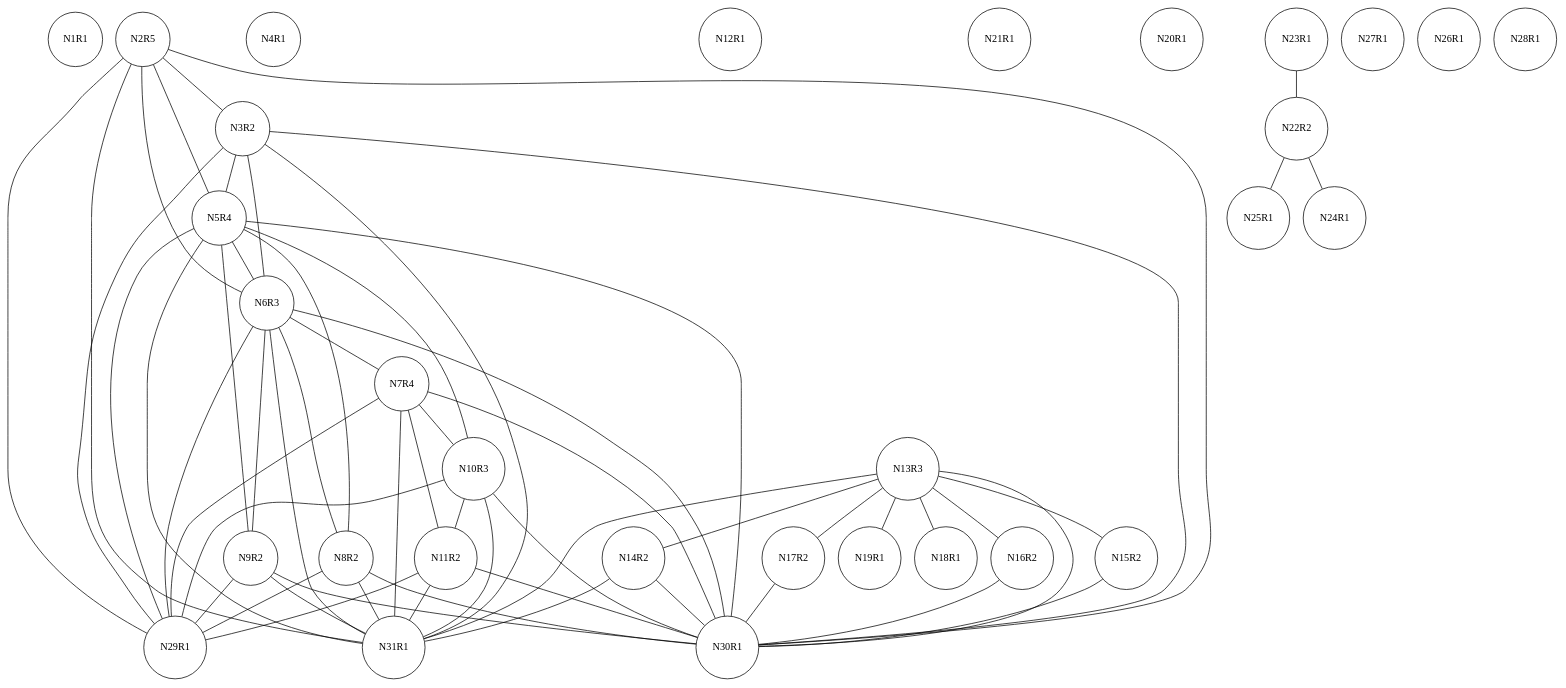
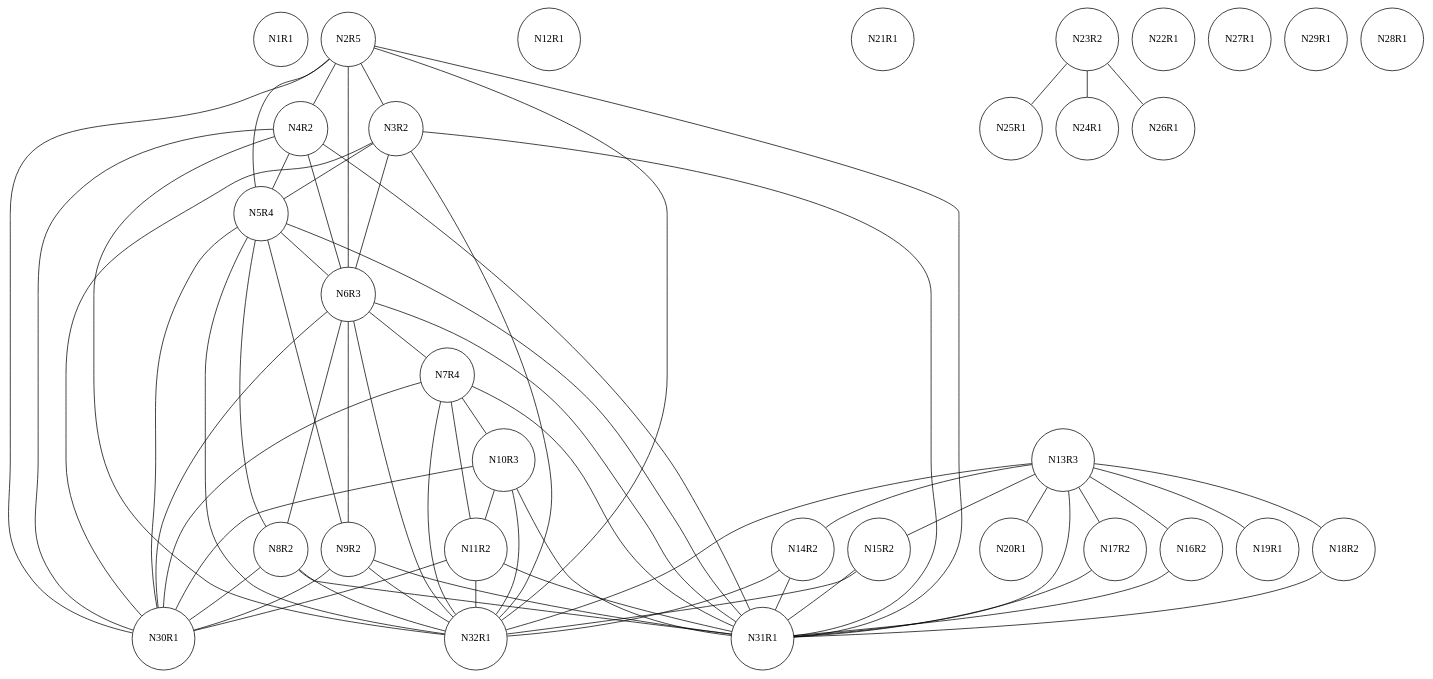
The diagram in project/factorial.txt.ig.dot (chris-wood/PL241-Compiler), drawn with Graphviz before and after one commit. The commit also changed 24 other files, not shown here.

```diff
--- a/project/factorial.txt.ig.dot
+++ b/project/factorial.txt.ig.dot
@@ -1,92 +1,101 @@
 graph ig {
     node [shape = circle];
     N1R1;
     N2R5;
     N3R2;
-    N4R1;
+    N4R2;
     N5R4;
     N6R3;
     N7R4;
     N8R2;
     N9R2;
     N10R3;
     N11R2;
     N12R1;
     N13R3;
     N14R2;
     N15R2;
     N17R2;
     N16R2;
     N19R1;
-    N18R1;
+    N18R2;
     N21R1;
     N20R1;
-    N23R1;
-    N22R2;
+    N23R2;
+    N22R1;
     N25R1;
     N24R1;
     N27R1;
     N26R1;
     N29R1;
     N28R1;
     N31R1;
     N30R1;
+    N32R1;
+    N2R5 -- N4R2;
     N2R5 -- N3R2;
+    N2R5 -- N31R1;
+    N2R5 -- N32R1;
+    N2R5 -- N30R1;
     N2R5 -- N6R3;
     N2R5 -- N5R4;
-    N2R5 -- N29R1;
-    N2R5 -- N31R1;
-    N2R5 -- N30R1;
+    N3R2 -- N31R1;
+    N3R2 -- N32R1;
+    N3R2 -- N30R1;
     N3R2 -- N6R3;
     N3R2 -- N5R4;
-    N3R2 -- N29R1;
-    N3R2 -- N31R1;
-    N3R2 -- N30R1;
-    N5R4 -- N10R3;
+    N4R2 -- N31R1;
+    N4R2 -- N32R1;
+    N4R2 -- N30R1;
+    N4R2 -- N6R3;
+    N4R2 -- N5R4;
     N5R4 -- N9R2;
     N5R4 -- N8R2;
+    N5R4 -- N31R1;
+    N5R4 -- N32R1;
+    N5R4 -- N30R1;
     N5R4 -- N6R3;
-    N5R4 -- N29R1;
-    N5R4 -- N31R1;
-    N5R4 -- N30R1;
     N6R3 -- N7R4;
     N6R3 -- N9R2;
     N6R3 -- N8R2;
-    N6R3 -- N29R1;
     N6R3 -- N31R1;
+    N6R3 -- N32R1;
     N6R3 -- N30R1;
     N7R4 -- N11R2;
     N7R4 -- N10R3;
-    N7R4 -- N29R1;
+    N7R4 -- N31R1;
     N7R4 -- N30R1;
-    N7R4 -- N31R1;
-    N8R2 -- N29R1;
+    N7R4 -- N32R1;
     N8R2 -- N31R1;
+    N8R2 -- N32R1;
     N8R2 -- N30R1;
-    N9R2 -- N29R1;
+    N9R2 -- N31R1;
     N9R2 -- N30R1;
-    N9R2 -- N31R1;
+    N9R2 -- N32R1;
     N10R3 -- N11R2;
-    N10R3 -- N29R1;
     N10R3 -- N30R1;
     N10R3 -- N31R1;
-    N11R2 -- N29R1;
+    N10R3 -- N32R1;
+    N11R2 -- N31R1;
+    N11R2 -- N32R1;
     N11R2 -- N30R1;
-    N11R2 -- N31R1;
+    N13R3 -- N20R1;
     N13R3 -- N19R1;
-    N13R3 -- N18R1;
+    N13R3 -- N18R2;
     N13R3 -- N17R2;
     N13R3 -- N16R2;
+    N13R3 -- N31R1;
+    N13R3 -- N32R1;
     N13R3 -- N15R2;
-    N13R3 -- N31R1;
-    N13R3 -- N30R1;
     N13R3 -- N14R2;
     N14R2 -- N31R1;
-    N14R2 -- N30R1;
-    N15R2 -- N30R1;
-    N17R2 -- N30R1;
-    N16R2 -- N30R1;
-    N23R1 -- N22R2;
-    N22R2 -- N25R1;
-    N22R2 -- N24R1;
+    N14R2 -- N32R1;
+    N15R2 -- N31R1;
+    N15R2 -- N32R1;
+    N17R2 -- N31R1;
+    N16R2 -- N31R1;
+    N18R2 -- N31R1;
+    N23R2 -- N26R1;
+    N23R2 -- N25R1;
+    N23R2 -- N24R1;
 }
```
